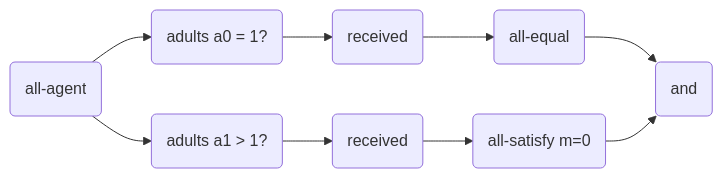
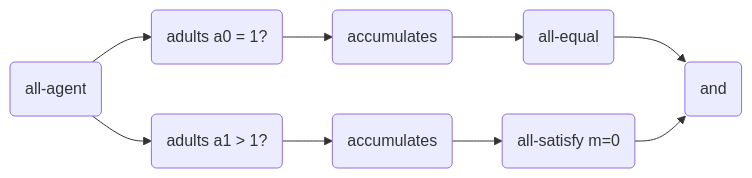
The fourth of 4 diagrams in docs/ccs_example.md (julianmendez/tiles), drawn with Mermaid before and after one commit. The commit also changed other lines of this file and 2 other files, not shown here.

````diff
--- a/docs/ccs_example.md
+++ b/docs/ccs_example.md
@@ -136,11 +136,11 @@
 ```mermaid
 graph LR
   all-agent(all-agent) --> adults-1
   all-agent --> adults-2
-  adults-1(adults a0 = 1?) --> received-1
-  adults-2(adults a1 > 1?) --> received-0
-  received-1(received) --> all-equal
-  received-0(received) --> all-satisfy-0
+  adults-1(adults a0 = 1?) --> accumulates-1
+  adults-2(adults a1 > 1?) --> accumulates-0
+  accumulates-1(accumulates) --> all-equal
+  accumulates-0(accumulates) --> all-satisfy-0
   all-equal(all-equal) --> and(and)
   all-satisfy-0(all-satisfy m=0) --> and
 ```
````
